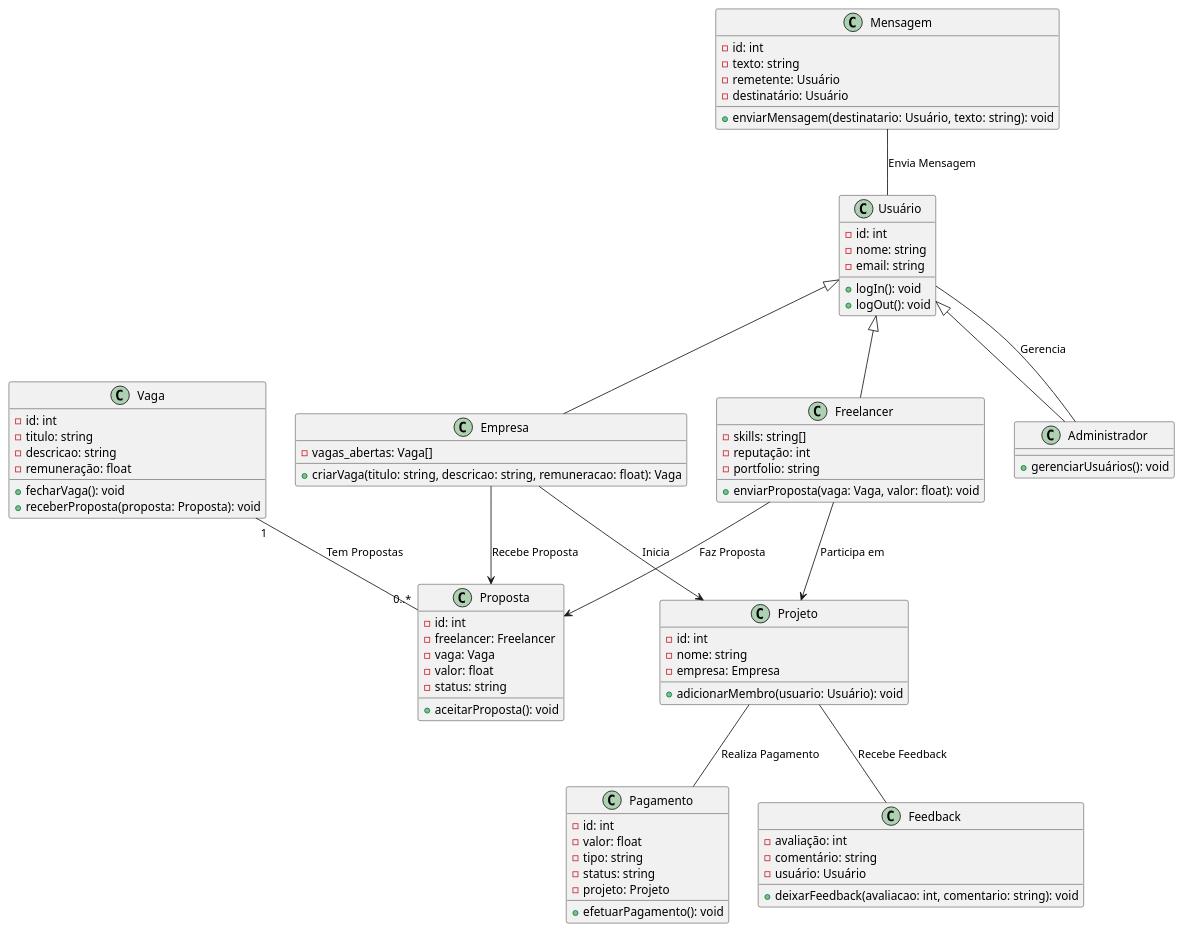
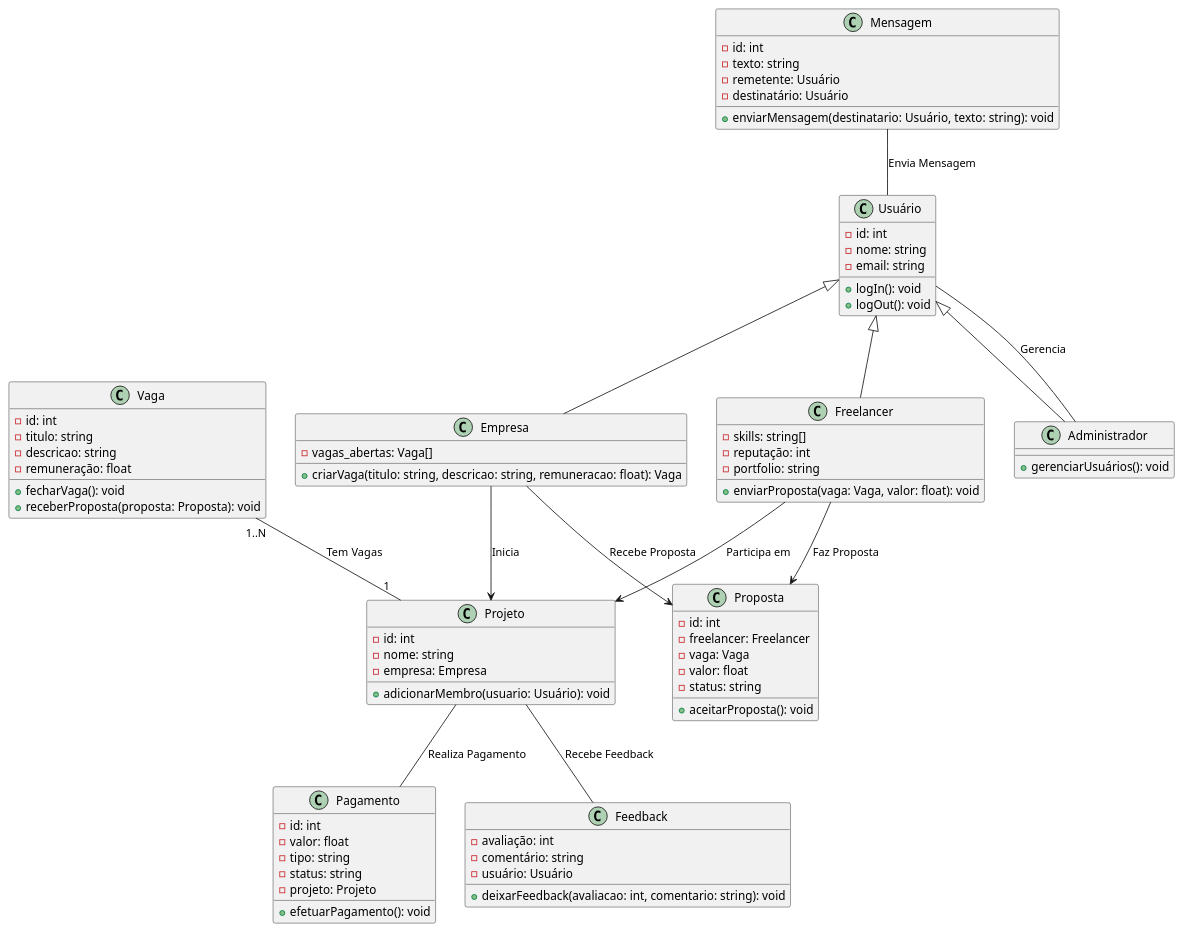
Before and after one commit to LucasNeiva/Eng-Software-II: the diagram in docs/modelo_conceitual.puml, drawn with PlantUML. The commit also changed 1 other file, not shown here.

```diff
--- a/docs/modelo_conceitual.puml
+++ b/docs/modelo_conceitual.puml
@@ -1,91 +1,91 @@
 @startuml
 
 class Usuário {
   - id: int
   - nome: string
   - email: string
   + logIn(): void
   + logOut(): void
 }
 
 class Freelancer {
   - skills: string[]
   - reputação: int
   - portfolio: string
   + enviarProposta(vaga: Vaga, valor: float): void
 }
 
 class Empresa {
   - vagas_abertas: Vaga[]
   + criarVaga(titulo: string, descricao: string, remuneracao: float): Vaga
 }
 
 class Administrador {
   + gerenciarUsuários(): void
 }
 
 class Vaga {
   - id: int
   - titulo: string
   - descricao: string
   - remuneração: float
   + fecharVaga(): void
   + receberProposta(proposta: Proposta): void
 }
 
 class Proposta {
   - id: int
   - freelancer: Freelancer
   - vaga: Vaga
   - valor: float
   - status: string
   + aceitarProposta(): void
 }
 
 class Projeto {
   - id: int
   - nome: string
   - empresa: Empresa
   + adicionarMembro(usuario: Usuário): void
 }
 
 class Pagamento {
   - id: int
   - valor: float
   - tipo: string
   - status: string
   - projeto: Projeto
   + efetuarPagamento(): void
 }
 
 class Mensagem {
   - id: int
   - texto: string
   - remetente: Usuário
   - destinatário: Usuário
   + enviarMensagem(destinatario: Usuário, texto: string): void
 }
 
 class Feedback {
   - avaliação: int
   - comentário: string
   - usuário: Usuário
   + deixarFeedback(avaliacao: int, comentario: string): void
 }
 
 Usuário <|-- Administrador
 Usuário <|-- Empresa
 Usuário <|-- Freelancer
 
 
 Freelancer --> Proposta: Faz Proposta
 Empresa --> Proposta: Recebe Proposta
 Freelancer --> Projeto: Participa em
 Empresa --> Projeto: Inicia
 Administrador -- Usuário: Gerencia
 Projeto -- Pagamento: Realiza Pagamento
 Projeto -- Feedback: Recebe Feedback
 Mensagem -- Usuário: Envia Mensagem
-Vaga "1" -- "0..*" Proposta: Tem Propostas
+Vaga "1..N" -- "1" Projeto: Tem Vagas
 
 @enduml
```
